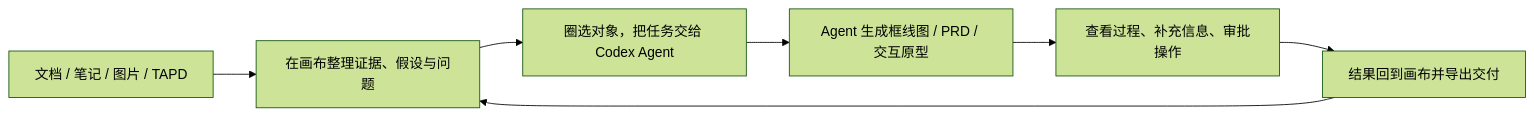
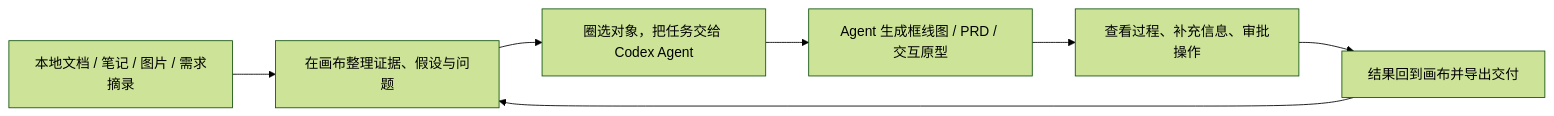
Before and after one commit to suud003/Cowart: the diagram in README.md, drawn with Mermaid (forest theme). The commit also changed other lines of this file and 29 other files, not shown here.

````diff
--- a/README.md
+++ b/README.md
@@ -42,9 +42,9 @@
 ```mermaid
 flowchart LR
-  A["文档 / 笔记 / 图片 / TAPD"] --> B["在画布整理证据、假设与问题"]
+  A["本地文档 / 笔记 / 图片 / 需求摘录"] --> B["在画布整理证据、假设与问题"]
   B --> C["圈选对象，把任务交给 Codex Agent"]
   C --> D["Agent 生成框线图 / PRD / 交互原型"]
   D --> E["查看过程、补充信息、审批操作"]
   E --> F["结果回到画布并导出交付"]
   F --> B
 ```
````
